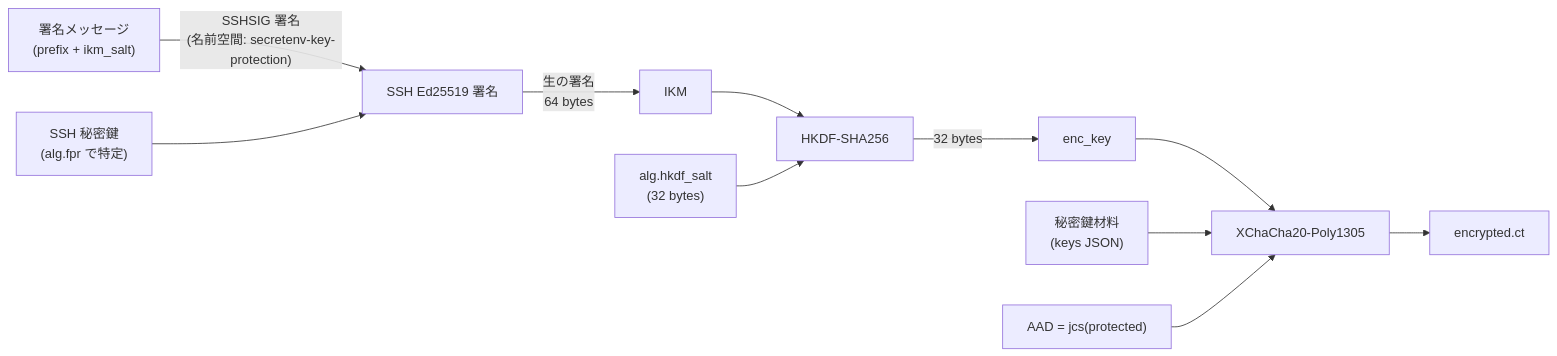
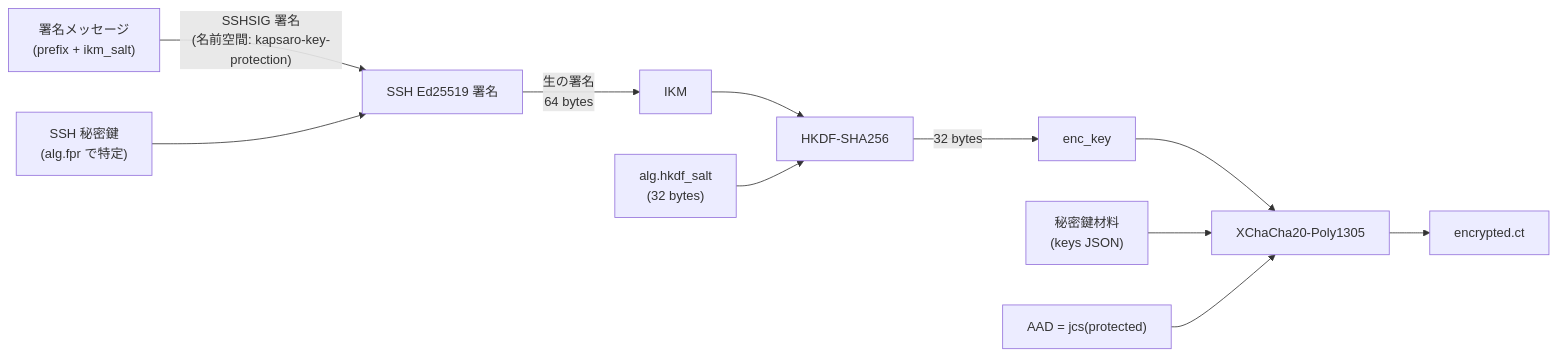
One commit to ebisawa/kapsaro changed the fifth of 6 diagrams in guides/security_design_ja.md. Above: the diagram before and after it, drawn with Mermaid. The commit also changed other lines of this file and 1011 other files, not shown here.

First line of the commit message:
chore: rebrand project from secretenv to kapsaro

````diff
--- a/guides/security_design_ja.md
+++ b/guides/security_design_ja.md
@@ -1151,13 +1151,13 @@
 ```mermaid
 graph LR
-    Msg["署名メッセージ<br/>(prefix + ikm_salt)"] -->|"SSHSIG 署名<br/>(名前空間: secretenv-key-protection)"| SSHSign["SSH Ed25519 署名"]
+    Msg["署名メッセージ<br/>(prefix + ikm_salt)"] -->|"SSHSIG 署名<br/>(名前空間: kapsaro-key-protection)"| SSHSign["SSH Ed25519 署名"]
     SSHKey["SSH 秘密鍵<br/>(alg.fpr で特定)"] --> SSHSign
     SSHSign -->|"生の署名<br/>64 bytes"| IKM["IKM"]
     IKM --> HKDF["HKDF-SHA256"]
     Salt["alg.hkdf_salt<br/>(32 bytes)"] --> HKDF
     HKDF -->|32 bytes| EncKey["enc_key"]
     EncKey --> AEAD["XChaCha20-Poly1305"]
     Plaintext["秘密鍵材料<br/>(keys JSON)"] --> AEAD
     AAD["AAD = jcs(protected)"] --> AEAD
     AEAD --> CT["encrypted.ct"]
 ```
````
